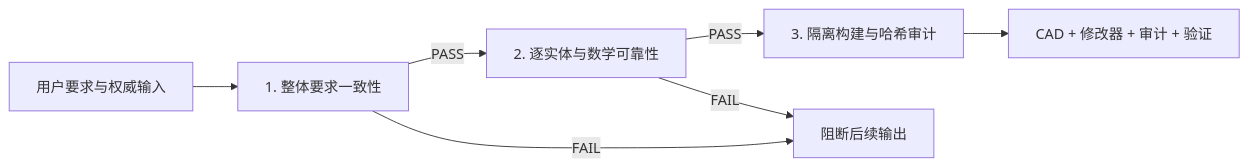
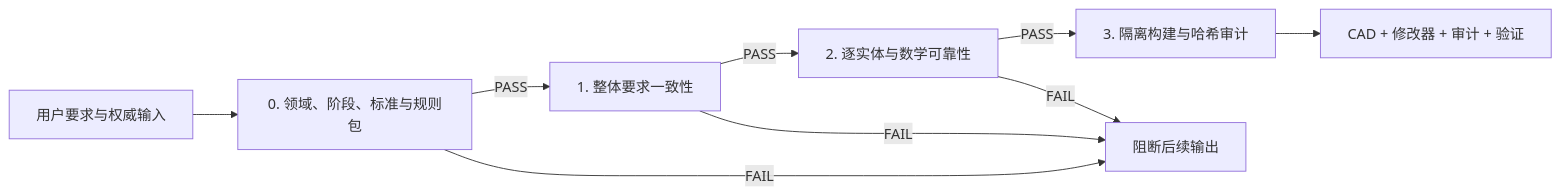
Before and after one commit to JMET04/aicad-agent: the diagram in README.md, drawn with Mermaid. The commit also changed other lines of this file and 54 other files, not shown here.

````diff
--- a/README.md
+++ b/README.md
@@ -37,9 +38,11 @@
 ```mermaid
 flowchart LR
-  A["用户要求与权威输入"] --> B["1. 整体要求一致性"]
+  A["用户要求与权威输入"] --> N["0. 领域、阶段、标准与规则包"]
+  N -->|PASS| B["1. 整体要求一致性"]
   B -->|PASS| C["2. 逐实体与数学可靠性"]
   C -->|PASS| D["3. 隔离构建与哈希审计"]
   D --> E["CAD + 修改器 + 审计 + 验证"]
-  B -->|FAIL| X["阻断后续输出"]
+  N -->|FAIL| X["阻断后续输出"]
+  B -->|FAIL| X
   C -->|FAIL| X
 ```
````
